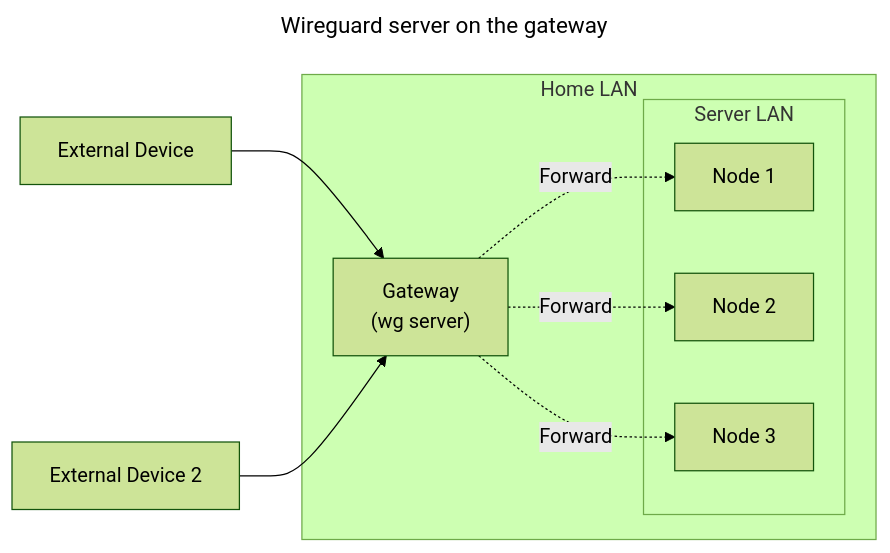
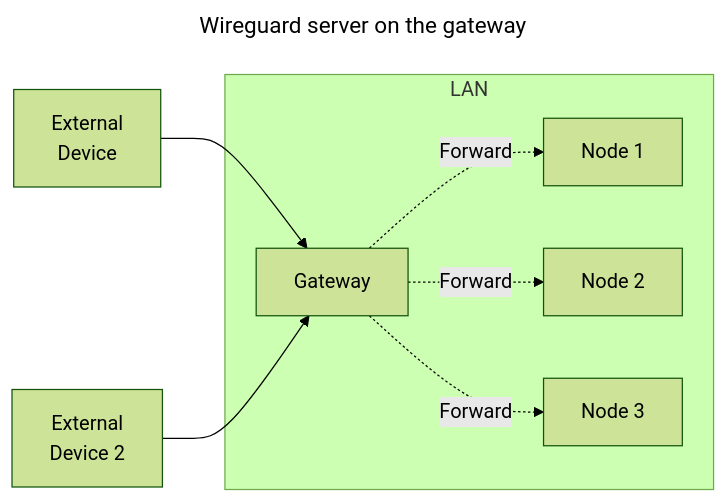
Before and after one commit to j-krl/blog: the fifth of 5 diagrams in _posts/2026-05-08-hub-and-spoke-architecture.md, drawn with Mermaid (forest theme). The commit also changed other lines of this file and 1 other file, not shown here.

Commit message:
fixed a lot of diagrams

```diff
--- a/_posts/2026-05-08-hub-and-spoke-architecture.md
+++ b/_posts/2026-05-08-hub-and-spoke-architecture.md
@@ -139,24 +133,20 @@
 <pre class="mermaid" style="text-align: center;">
 ---
 title: Wireguard server on the gateway
 ---
 flowchart LR
-    GW["Gateway
-    (wg server)"]
-    ED[External Device] --> GW
-    ED2[External Device 2] --> GW
+    GW["Gateway"]
+    ED["External
+    Device"] --> GW
+    ED2["External
+    Device 2"] --> GW
     GW -. Forward .-> n1[Node 1]
     GW -. Forward .-> n2[Node 2]
     GW -. Forward .-> n3[Node 3]
-    subgraph Home LAN
+    subgraph LAN
         GW
         n1
         n2
         n3
-        subgraph Server LAN
-            n1
-            n2
-            n3
-        end
     end
 </pre>
```
